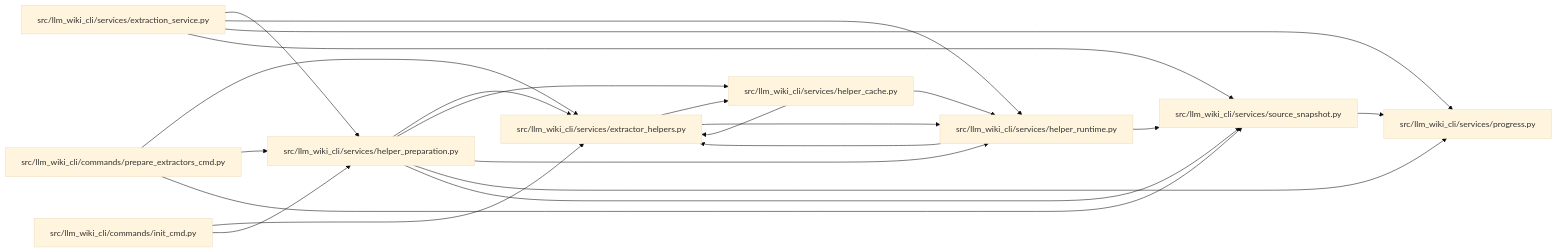
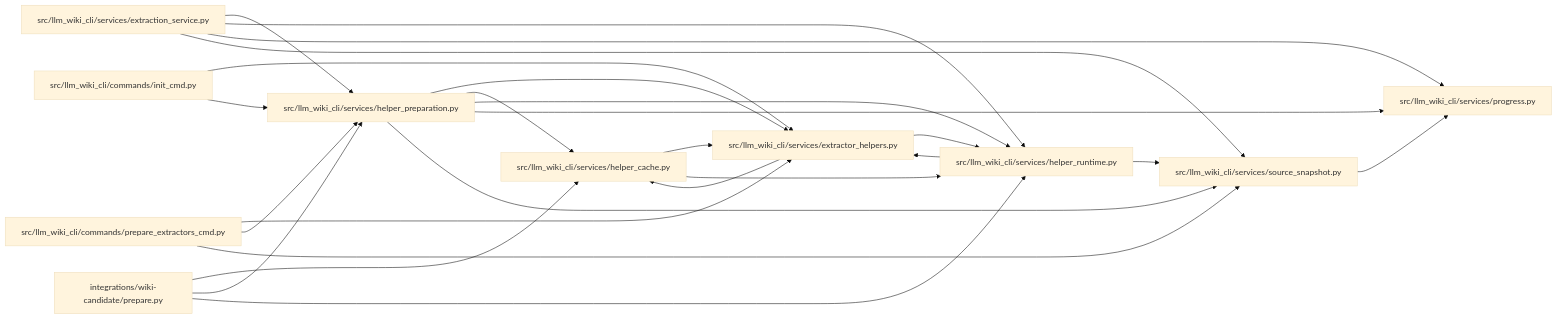
Before and after one commit to Denissvgn/python-wiki-llm: the diagram in docs/llm_wiki/modules/helper_preparation.md, drawn with Mermaid (base theme). The commit also changed other lines of this file and 369 other files, not shown here.

Commit message:
feat: install a read-only GitHub wiki candidate workflow

````diff
--- a/docs/llm_wiki/modules/helper_preparation.md
+++ b/docs/llm_wiki/modules/helper_preparation.md
@@ -38,42 +38,47 @@
 ```mermaid
 flowchart LR
-    n0["src/llm_wiki_cli/commands/init_cmd.py"]
-    n1["src/llm_wiki_cli/commands/prepare_extractors_cmd.py"]
-    n2["src/llm_wiki_cli/services/extraction_service.py"]
-    n3["src/llm_wiki_cli/services/extractor_helpers.py"]
-    n4["src/llm_wiki_cli/services/helper_cache.py"]
-    n5["src/llm_wiki_cli/services/helper_preparation.py"]
-    n6["src/llm_wiki_cli/services/helper_runtime.py"]
-    n7["src/llm_wiki_cli/services/progress.py"]
-    n8["src/llm_wiki_cli/services/source_snapshot.py"]
-    n0 --> n3
+    n0["integrations/wiki-candidate/prepare.py"]
+    n1["src/llm_wiki_cli/commands/init_cmd.py"]
+    n2["src/llm_wiki_cli/commands/prepare_extractors_cmd.py"]
+    n3["src/llm_wiki_cli/services/extraction_service.py"]
+    n4["src/llm_wiki_cli/services/extractor_helpers.py"]
+    n5["src/llm_wiki_cli/services/helper_cache.py"]
+    n6["src/llm_wiki_cli/services/helper_preparation.py"]
+    n7["src/llm_wiki_cli/services/helper_runtime.py"]
+    n8["src/llm_wiki_cli/services/progress.py"]
+    n9["src/llm_wiki_cli/services/source_snapshot.py"]
     n0 --> n5
-    n1 --> n3
-    n1 --> n5
-    n1 --> n8
-    n2 --> n5
+    n0 --> n6
+    n0 --> n7
+    n1 --> n4
+    n1 --> n6
+    n2 --> n4
     n2 --> n6
-    n2 --> n7
-    n2 --> n8
-    n3 --> n4
+    n2 --> n9
     n3 --> n6
-    n4 --> n3
-    n4 --> n6
-    n5 --> n3
+    n3 --> n7
+    n3 --> n8
+    n3 --> n9
+    n4 --> n5
+    n4 --> n7
     n5 --> n4
-    n5 --> n6
     n5 --> n7
-    n5 --> n8
-    n6 --> n3
+    n6 --> n4
+    n6 --> n5
+    n6 --> n7
     n6 --> n8
-    n8 --> n7
-    click n0 "../modules/init_cmd.md"
-    click n1 "../modules/prepare_extractors_cmd.md"
-    click n2 "../modules/extraction_service.md"
-    click n3 "../modules/extractor_helpers.md"
-    click n4 "../modules/helper_cache.md"
-    click n5 "../modules/helper_preparation.md"
-    click n6 "../modules/helper_runtime.md"
-    click n7 "../modules/progress.md"
-    click n8 "../modules/source_snapshot.md"
+    n6 --> n9
+    n7 --> n4
+    n7 --> n9
+    n9 --> n8
+    click n0 "../modules/wiki-candidate_prepare.md"
+    click n1 "../modules/init_cmd.md"
+    click n2 "../modules/prepare_extractors_cmd.md"
+    click n3 "../modules/extraction_service.md"
+    click n4 "../modules/extractor_helpers.md"
+    click n5 "../modules/helper_cache.md"
+    click n6 "../modules/helper_preparation.md"
+    click n7 "../modules/helper_runtime.md"
+    click n8 "../modules/progress.md"
+    click n9 "../modules/source_snapshot.md"
 ```
````
